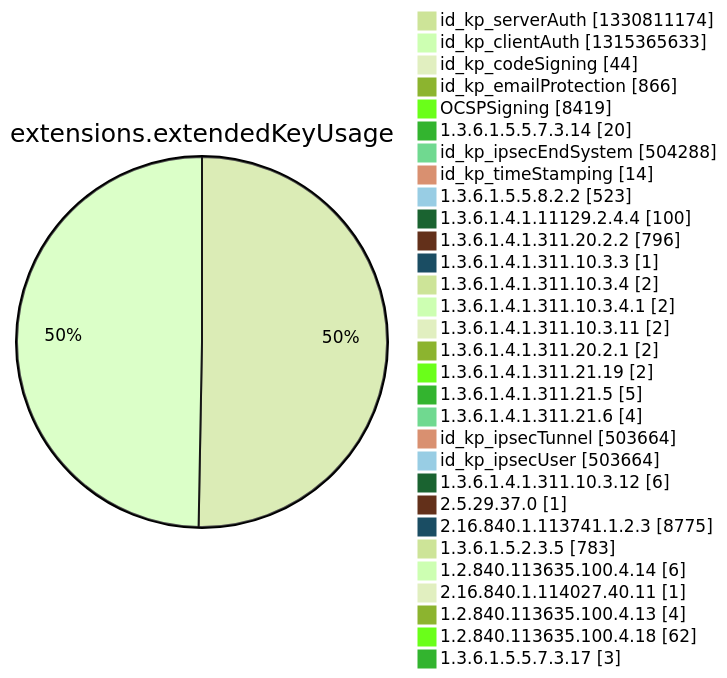
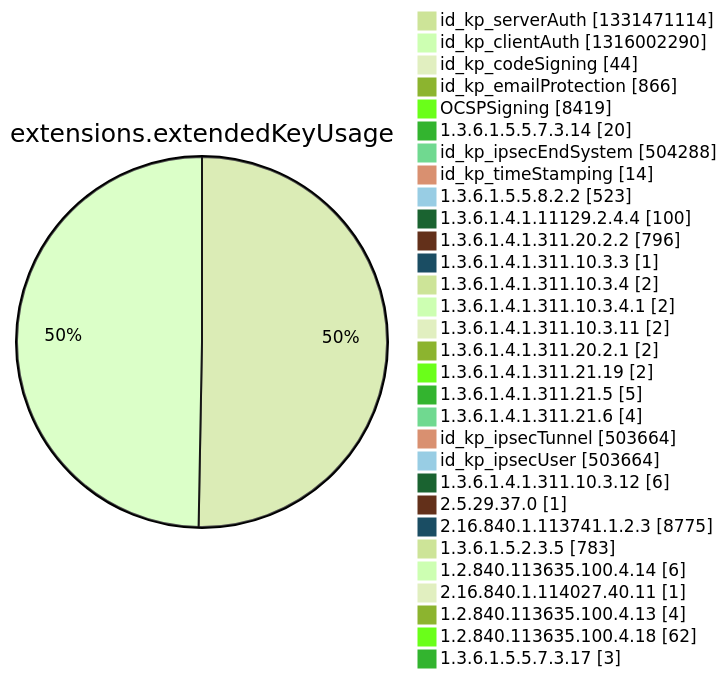
Before and after one commit to christiankrug/ctmonitor_visualization: diagram 12 of 15 in argon2022/README.md, drawn with Mermaid (forest theme). The commit also changed other lines of this file, not shown here.

````diff
--- a/argon2022/README.md
+++ b/argon2022/README.md
@@ -3553,34 +3553,34 @@
 ```mermaid
 pie showData
 title extensions.extendedKeyUsage
-"id_kp_serverAuth" :1330811174
-"id_kp_clientAuth" :1315365633
+"id_kp_serverAuth" :1331471114
+"id_kp_clientAuth" :1316002290
 "id_kp_codeSigning" :44
 "id_kp_emailProtection" :866
 "OCSPSigning" :8419
 "1.3.6.1.5.5.7.3.14" :20
 "id_kp_ipsecEndSystem" :504288
 "id_kp_timeStamping" :14
 "1.3.6.1.5.5.8.2.2" :523
 "1.3.6.1.4.1.11129.2.4.4" :100
 "1.3.6.1.4.1.311.20.2.2" :796
 "1.3.6.1.4.1.311.10.3.3" :1
 "1.3.6.1.4.1.311.10.3.4" :2
 "1.3.6.1.4.1.311.10.3.4.1" :2
 "1.3.6.1.4.1.311.10.3.11" :2
 "1.3.6.1.4.1.311.20.2.1" :2
 "1.3.6.1.4.1.311.21.19" :2
 "1.3.6.1.4.1.311.21.5" :5
 "1.3.6.1.4.1.311.21.6" :4
 "id_kp_ipsecTunnel" :503664
 "id_kp_ipsecUser" :503664
 "1.3.6.1.4.1.311.10.3.12" :6
 "2.5.29.37.0" :1
 "2.16.840.1.113741.1.2.3" :8775
 "1.3.6.1.5.2.3.5" :783
 "1.2.840.113635.100.4.14" :6
 "2.16.840.1.114027.40.11" :1
 "1.2.840.113635.100.4.13" :4
 "1.2.840.113635.100.4.18" :62
 "1.3.6.1.5.5.7.3.17" :3
 ```
````
